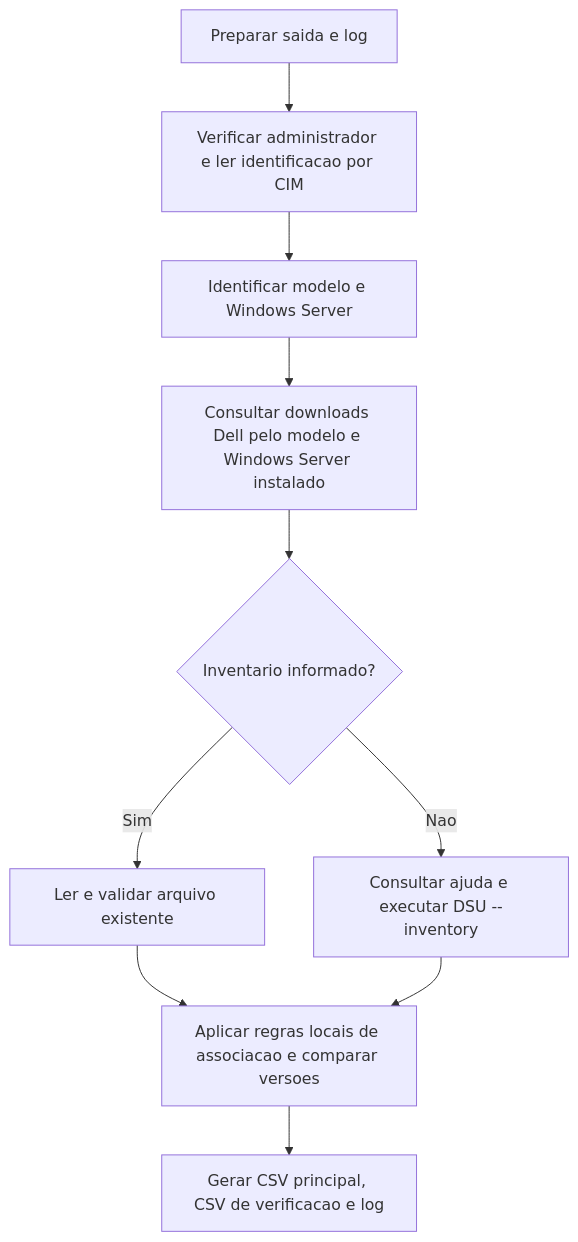
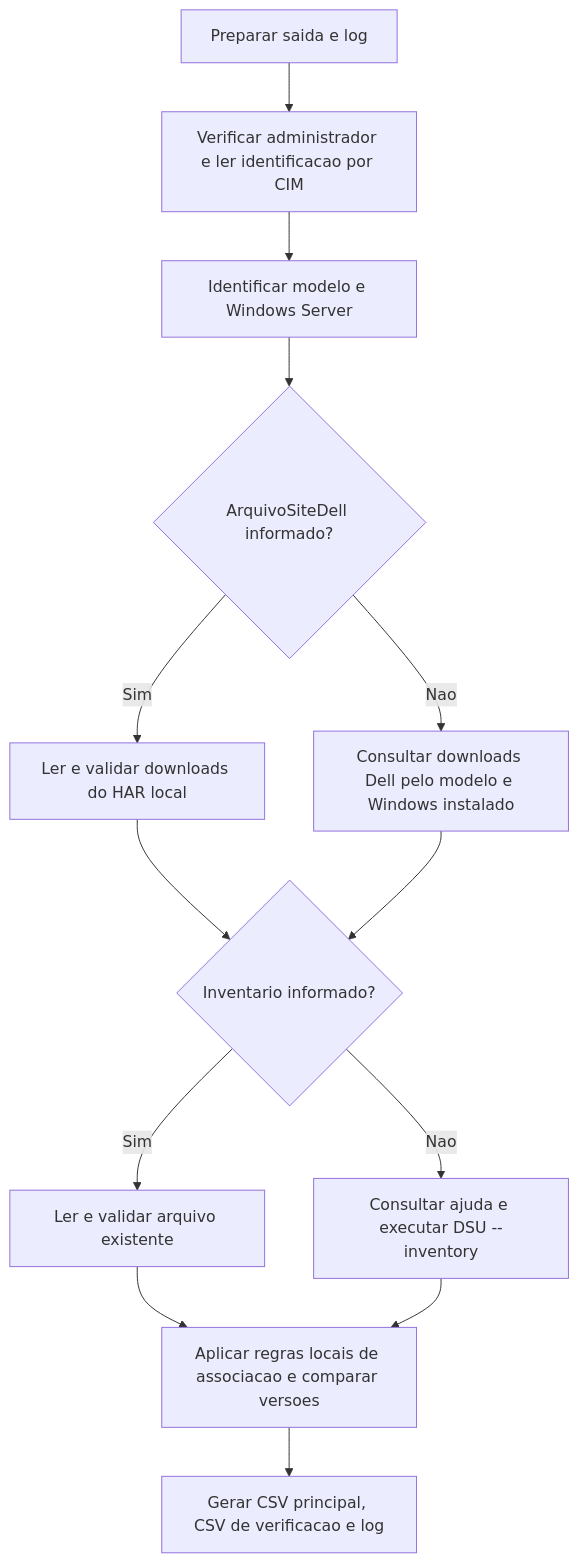
The diagram in README.md (fellypedarosa/RelatorioDell), drawn with Mermaid before and after one commit. The commit also changed other lines of this file and 6 other files, not shown here.

Commit message:
Adiciona importacao manual de downloads Dell por HAR

````diff
--- a/README.md
+++ b/README.md
@@ -63,12 +83,15 @@
 ```mermaid
 flowchart TD
     A[Preparar saida e log] --> B[Verificar administrador e ler identificacao por CIM]
     B --> C[Identificar modelo e Windows Server]
-    C --> D[Consultar downloads Dell pelo modelo e Windows Server instalado]
-    D --> E{Inventario informado?}
+    C --> D{ArquivoSiteDell informado?}
+    D -->|Sim| J[Ler e validar downloads do HAR local]
+    D -->|Nao| K[Consultar downloads Dell pelo modelo e Windows instalado]
+    J --> E{Inventario informado?}
+    K --> E
     E -->|Sim| F[Ler e validar arquivo existente]
     E -->|Nao| G[Consultar ajuda e executar DSU --inventory]
     F --> H[Aplicar regras locais de associacao e comparar versoes]
     G --> H
     H --> I[Gerar CSV principal, CSV de verificacao e log]
 ```
````
